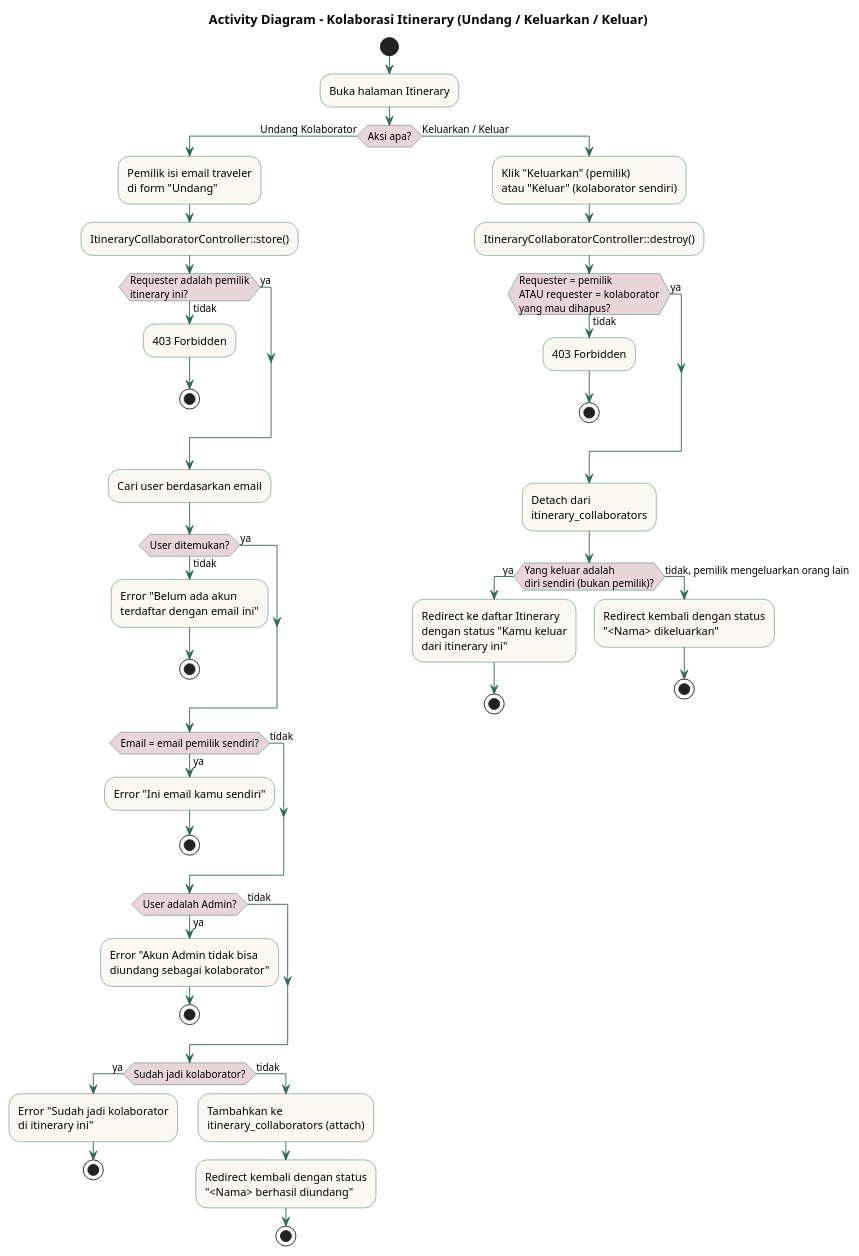
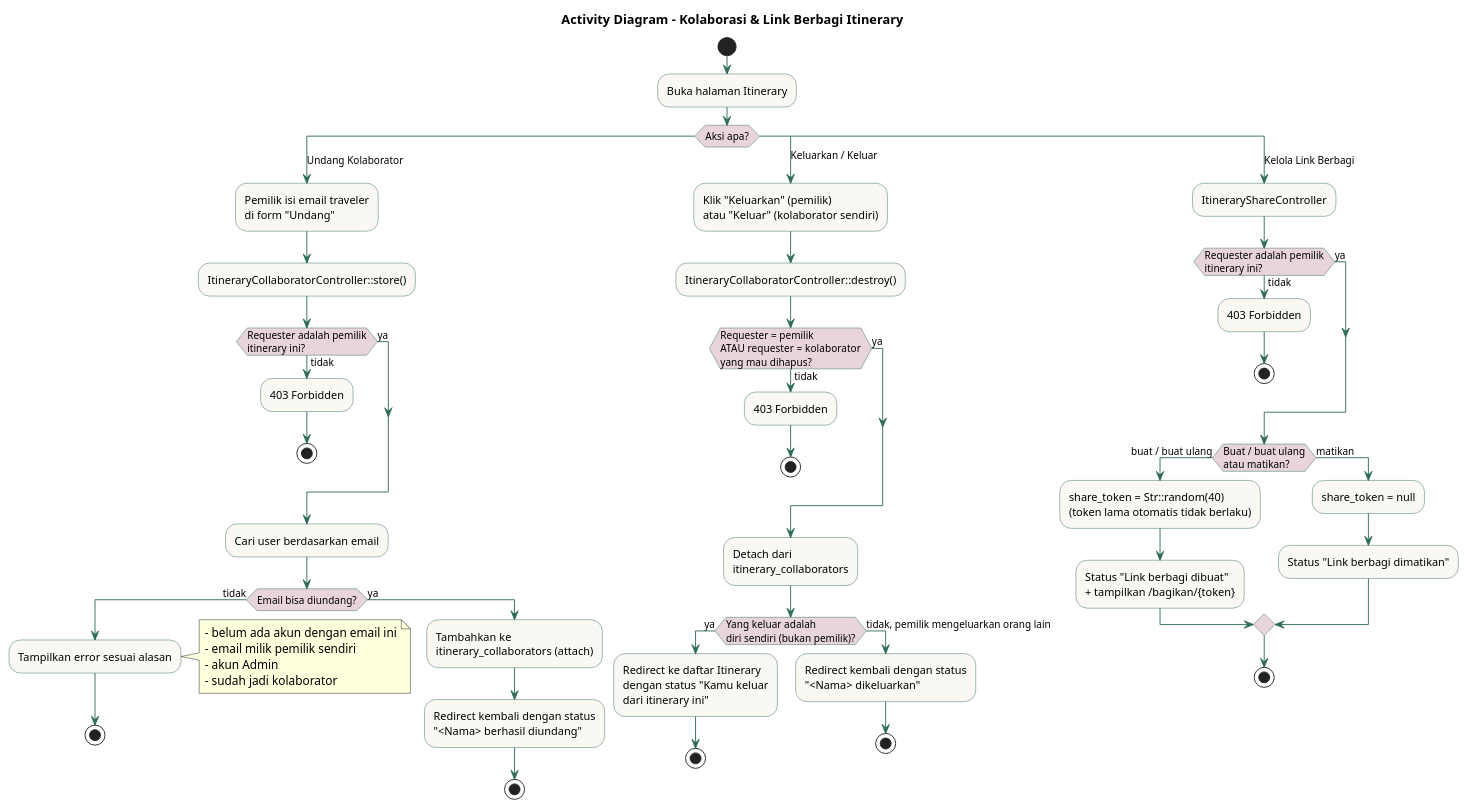
Before and after one commit to anugrahhhhh/tripplane-jogja-itenary: the diagram in docs/gabungan/uml-plantuml/04-activity-kolaborasi.puml, drawn with PlantUML. The commit also changed 33 other files, not shown here.

First line of the commit message:
docs(uml): update combined (gabungan) PlantUML diagrams to current system

```diff
--- a/docs/gabungan/uml-plantuml/04-activity-kolaborasi.puml
+++ b/docs/gabungan/uml-plantuml/04-activity-kolaborasi.puml
@@ -1,65 +1,73 @@
 @startuml 04-activity-kolaborasi
-title Activity Diagram - Kolaborasi Itinerary (Undang / Keluarkan / Keluar)
+title Activity Diagram - Kolaborasi & Link Berbagi Itinerary
 
 skinparam activity {
   BackgroundColor #FAF8F3
   BorderColor #2F6B5A
   ArrowColor #2F6B5A
   DiamondBackgroundColor #E8D5DA
 }
 
 start
 :Buka halaman Itinerary;
 
-if (Aksi apa?) then (Undang Kolaborator)
+switch (Aksi apa?)
+case (Undang Kolaborator)
   :Pemilik isi email traveler\ndi form "Undang";
   :ItineraryCollaboratorController::store();
   if (Requester adalah pemilik\nitinerary ini?) then (tidak)
     :403 Forbidden;
     stop
   else (ya)
   endif
   :Cari user berdasarkan email;
-  if (User ditemukan?) then (tidak)
-    :Error "Belum ada akun\nterdaftar dengan email ini";
+  if (Email bisa diundang?) then (tidak)
+    :Tampilkan error sesuai alasan;
+    note right
+      - belum ada akun dengan email ini
+      - email milik pemilik sendiri
+      - akun Admin
+      - sudah jadi kolaborator
+    end note
     stop
   else (ya)
-  endif
-  if (Email = email pemilik sendiri?) then (ya)
-    :Error "Ini email kamu sendiri";
-    stop
-  else (tidak)
-  endif
-  if (User adalah Admin?) then (ya)
-    :Error "Akun Admin tidak bisa\ndiundang sebagai kolaborator";
-    stop
-  else (tidak)
-  endif
-  if (Sudah jadi kolaborator?) then (ya)
-    :Error "Sudah jadi kolaborator\ndi itinerary ini";
-    stop
-  else (tidak)
     :Tambahkan ke\nitinerary_collaborators (attach);
     :Redirect kembali dengan status\n"<Nama> berhasil diundang";
     stop
   endif
 
-else (Keluarkan / Keluar)
+case (Keluarkan / Keluar)
   :Klik "Keluarkan" (pemilik)\natau "Keluar" (kolaborator sendiri);
   :ItineraryCollaboratorController::destroy();
   if (Requester = pemilik\nATAU requester = kolaborator\nyang mau dihapus?) then (tidak)
     :403 Forbidden;
     stop
   else (ya)
   endif
   :Detach dari\nitinerary_collaborators;
   if (Yang keluar adalah\ndiri sendiri (bukan pemilik)?) then (ya)
     :Redirect ke daftar Itinerary\ndengan status "Kamu keluar\ndari itinerary ini";
     stop
   else (tidak, pemilik mengeluarkan orang lain)
     :Redirect kembali dengan status\n"<Nama> dikeluarkan";
     stop
   endif
-endif
+
+case (Kelola Link Berbagi)
+  :ItineraryShareController;
+  if (Requester adalah pemilik\nitinerary ini?) then (tidak)
+    :403 Forbidden;
+    stop
+  else (ya)
+  endif
+  if (Buat / buat ulang\natau matikan?) then (buat / buat ulang)
+    :share_token = Str::random(40)\n(token lama otomatis tidak berlaku);
+    :Status "Link berbagi dibuat"\n+ tampilkan /bagikan/{token};
+  else (matikan)
+    :share_token = null;
+    :Status "Link berbagi dimatikan";
+  endif
+  stop
+endswitch
 
 @enduml
```
